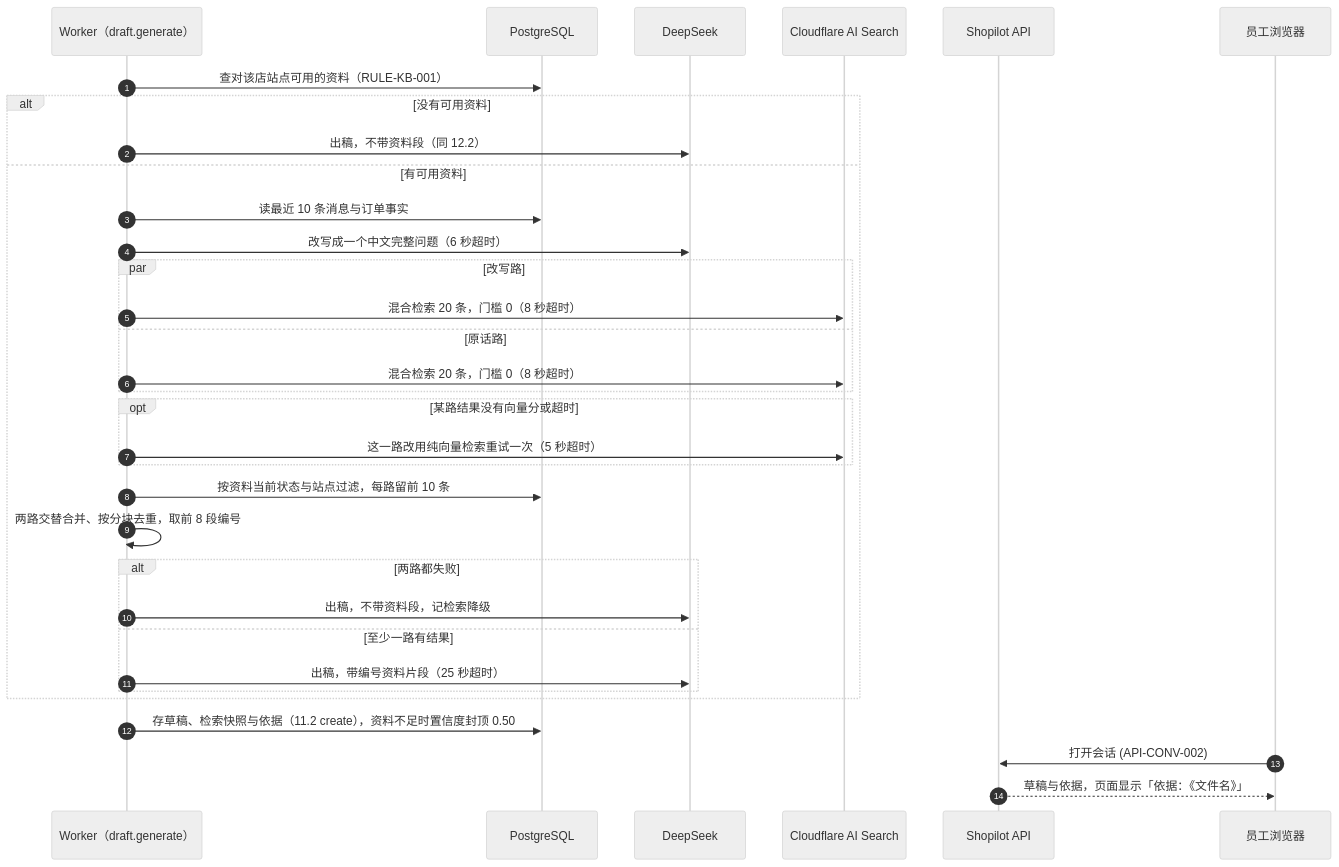
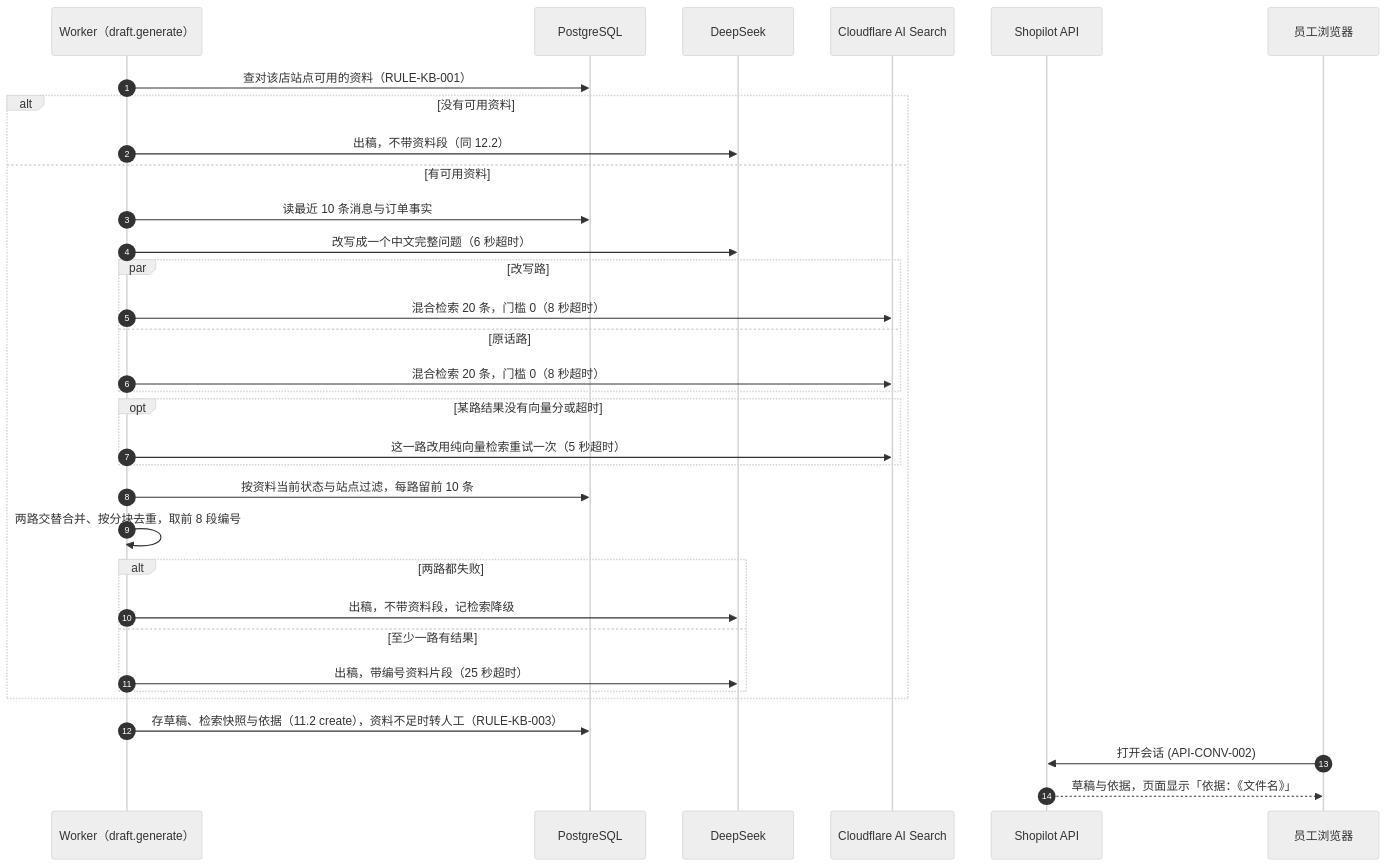
Diagram 29 of 30 in docs/DESIGN.md (Bearisbug/shopilot), drawn with Mermaid (neutral theme) before and after one commit. The commit also changed other lines of this file, not shown here.

````diff
--- a/docs/DESIGN.md
+++ b/docs/DESIGN.md
@@ -2577,35 +2548,35 @@
 ```mermaid
 sequenceDiagram
   autonumber
   participant W as Worker（draft.generate）
   participant DB as PostgreSQL
   participant DS as DeepSeek
   participant CF as Cloudflare AI Search
   participant API as Shopilot API
   participant FE as 员工浏览器
   W->>DB: 查对该店站点可用的资料（RULE-KB-001）
   alt 没有可用资料
     W->>DS: 出稿，不带资料段（同 12.2）
   else 有可用资料
     W->>DB: 读最近 10 条消息与订单事实
     W->>DS: 改写成一个中文完整问题（6 秒超时）
     par 改写路
       W->>CF: 混合检索 20 条，门槛 0（8 秒超时）
     and 原话路
       W->>CF: 混合检索 20 条，门槛 0（8 秒超时）
     end
     opt 某路结果没有向量分或超时
       W->>CF: 这一路改用纯向量检索重试一次（5 秒超时）
     end
     W->>DB: 按资料当前状态与站点过滤，每路留前 10 条
     W->>W: 两路交替合并、按分块去重，取前 8 段编号
     alt 两路都失败
       W->>DS: 出稿，不带资料段，记检索降级
     else 至少一路有结果
       W->>DS: 出稿，带编号资料片段（25 秒超时）
     end
   end
-  W->>DB: 存草稿、检索快照与依据（11.2 create），资料不足时置信度封顶 0.50
+  W->>DB: 存草稿、检索快照与依据（11.2 create），资料不足时转人工（RULE-KB-003）
   FE->>API: 打开会话 (API-CONV-002)
   API-->>FE: 草稿与依据，页面显示「依据：《文件名》」
 ```
````
